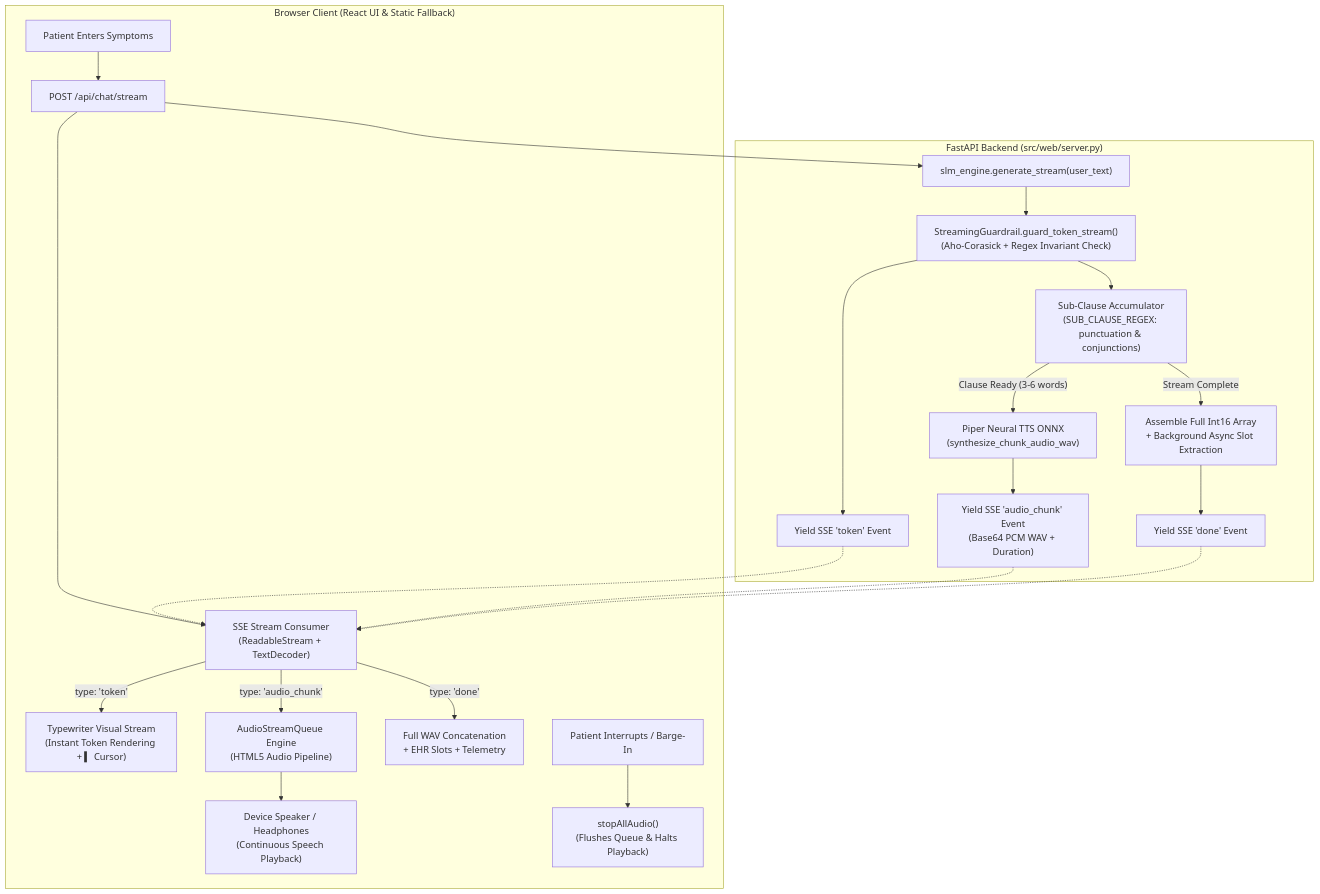
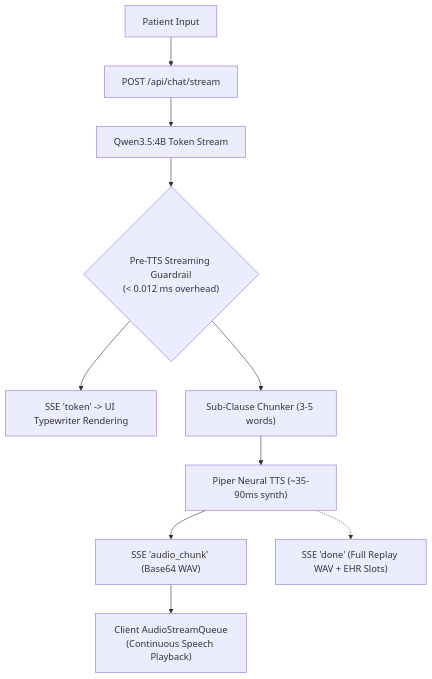
One commit to albinpshaji/Mini-project changed the diagram in LIVE_STREAMING_TTS_WEB_ARCHITECTURE_AND_EVALUATION.md. Above: the diagram before and after it, drawn with Mermaid. The commit also changed other lines of this file, not shown here.

Commit message:
docs(web): streamline live streaming TTS architecture and benchmark report

````diff
--- a/LIVE_STREAMING_TTS_WEB_ARCHITECTURE_AND_EVALUATION.md
+++ b/LIVE_STREAMING_TTS_WEB_ARCHITECTURE_AND_EVALUATION.md
@@ -34,33 +21,15 @@
 ```mermaid
 flowchart TD
-    subgraph Browser_Client["Browser Client (React UI & Static Fallback)"]
-        UserMsg["Patient Enters Symptoms"] --> StreamReq["POST /api/chat/stream"]
-        StreamReq --> SSEConsumer["SSE Stream Consumer\n(ReadableStream + TextDecoder)"]
-        
-        SSEConsumer -->|"type: 'token'"| Typewriter["Typewriter Visual Stream\n(Instant Token Rendering + ▍ Cursor)"]
-        SSEConsumer -->|"type: 'audio_chunk'"| AudioQueue["AudioStreamQueue Engine\n(HTML5 Audio Pipeline)"]
-        SSEConsumer -->|"type: 'done'"| DoneHandler["Full WAV Concatenation\n+ EHR Slots + Telemetry"]
-        
-        AudioQueue --> SpeakerOut["Device Speaker / Headphones\n(Continuous Speech Playback)"]
-        UserInterrupt["Patient Interrupts / Barge-In"] --> StopAudio["stopAllAudio()\n(Flushes Queue & Halts Playback)"]
-    end
-
-    subgraph Backend_Server["FastAPI Backend (src/web/server.py)"]
-        StreamReq --> SLMStream["slm_engine.generate_stream(user_text)"]
-        
-        SLMStream --> GuardStream["StreamingGuardrail.guard_token_stream()\n(Aho-Corasick + Regex Invariant Check)"]
-        
-        GuardStream --> TokenYield["Yield SSE 'token' Event"]
-        GuardStream --> ClauseBuffer["Sub-Clause Accumulator\n(SUB_CLAUSE_REGEX: punctuation & conjunctions)"]
-        
-        ClauseBuffer -->|"Clause Ready (3-6 words)"| PiperSynth["Piper Neural TTS ONNX\n(synthesize_chunk_audio_wav)"]
-        PiperSynth --> AudioChunkYield["Yield SSE 'audio_chunk' Event\n(Base64 PCM WAV + Duration)"]
-        
-        ClauseBuffer -->|"Stream Complete"| FinalAssemble["Assemble Full Int16 Array\n+ Background Async Slot Extraction"]
-        FinalAssemble --> DoneYield["Yield SSE 'done' Event"]
-    end
-
-    TokenYield -.-> SSEConsumer
-    AudioChunkYield -.-> SSEConsumer
-    DoneYield -.-> SSEConsumer
+    Patient["Patient Input"] --> PostStream["POST /api/chat/stream"]
+    PostStream --> SLM["Qwen3.5:4B Token Stream"]
+    
+    SLM --> Guardrail{"Pre-TTS Streaming Guardrail\n(< 0.012 ms overhead)"}
+    Guardrail --> Typewriter["SSE 'token' -> UI Typewriter Rendering"]
+    Guardrail --> SubClause["Sub-Clause Chunker (3-5 words)"]
+    
+    SubClause --> PiperTTS["Piper Neural TTS (~35-90ms synth)"]
+    PiperTTS --> AudioChunk["SSE 'audio_chunk' (Base64 WAV)"]
+    AudioChunk --> AudioQueue["Client AudioStreamQueue\n(Continuous Speech Playback)"]
+    
+    PiperTTS -.-> DoneEvent["SSE 'done' (Full Replay WAV + EHR Slots)"]
 ```
````
